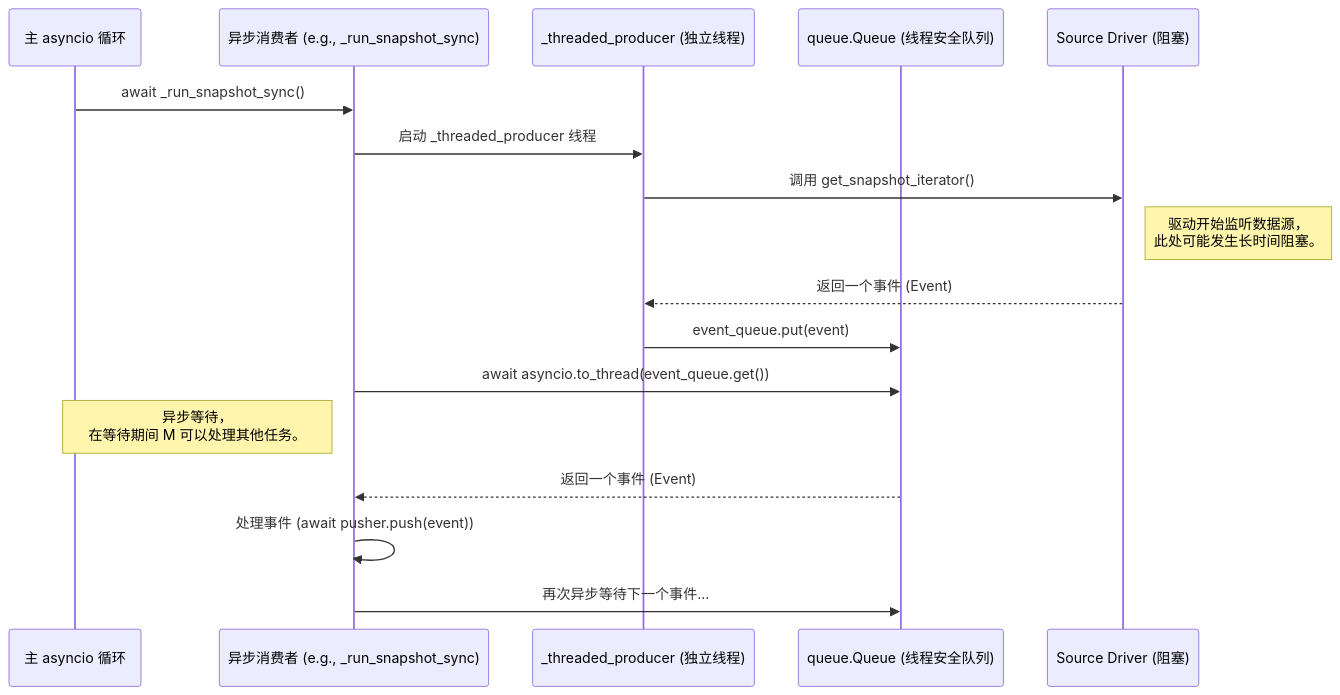
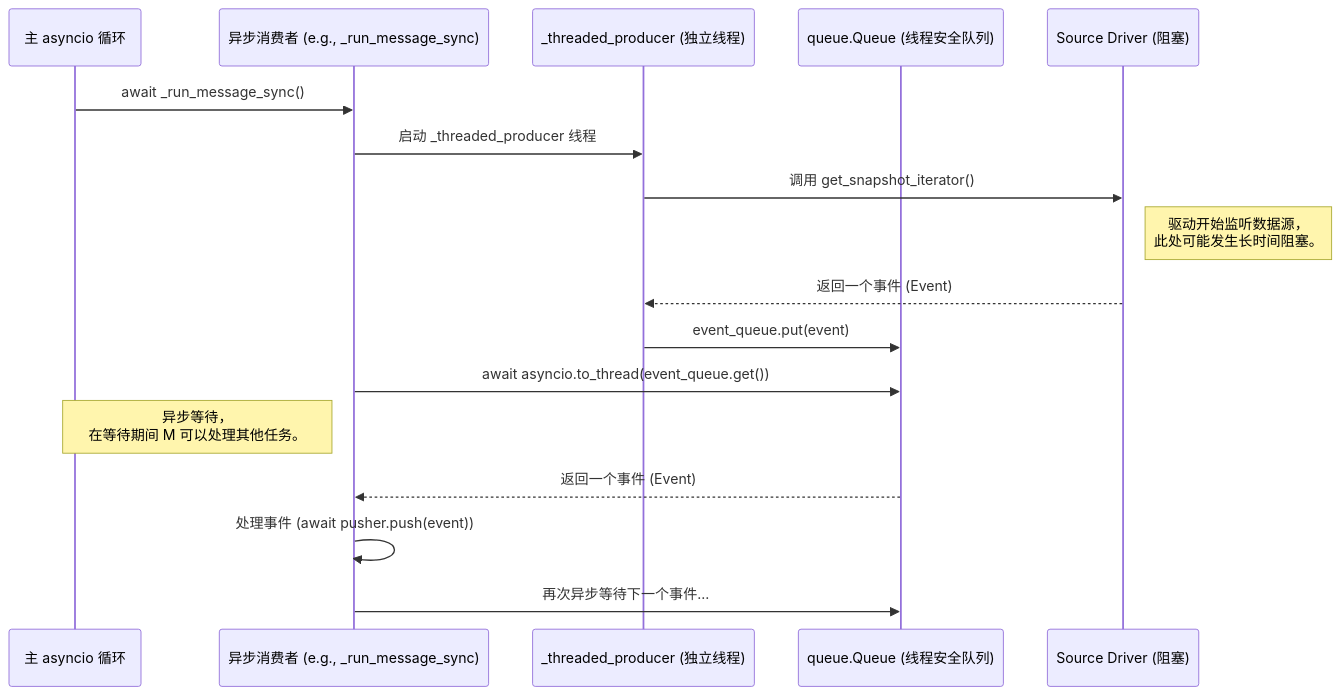
The first of 2 diagrams in agent/docs/architecture/concurrency.md (excelwang/fustor), drawn with Mermaid before and after one commit. The commit also changed other lines of this file and 55 other files, not shown here.

````diff
--- a/agent/docs/architecture/concurrency.md
+++ b/agent/docs/architecture/concurrency.md
@@ -17,21 +17,21 @@
 ```mermaid
 sequenceDiagram
     participant M as 主 asyncio 循环
-    participant P as 异步消费者 (e.g., _run_snapshot_sync)
+    participant P as 异步消费者 (e.g., _run_message_sync)
     participant T as _threaded_producer (独立线程)
     participant Q as queue.Queue (线程安全队列)
     participant D as Source Driver (阻塞)
 
-    M->>P: await _run_snapshot_sync()
+    M->>P: await _run_message_sync()
     P->>T: 启动 _threaded_producer 线程 
     T->>D: 调用 get_snapshot_iterator()
     Note right of D: 驱动开始监听数据源，<br>此处可能发生长时间阻塞。
     D-->>T: 返回一个事件 (Event)
     T->>Q: event_queue.put(event)
 
     P->>Q: await asyncio.to_thread(event_queue.get())
     Note left of P: 异步等待，<br>在等待期间 M 可以处理其他任务。 
     Q-->>P: 返回一个事件 (Event)
     P->>P: 处理事件 (await pusher.push(event))
     P->>Q: 再次异步等待下一个事件...
 ```
````
